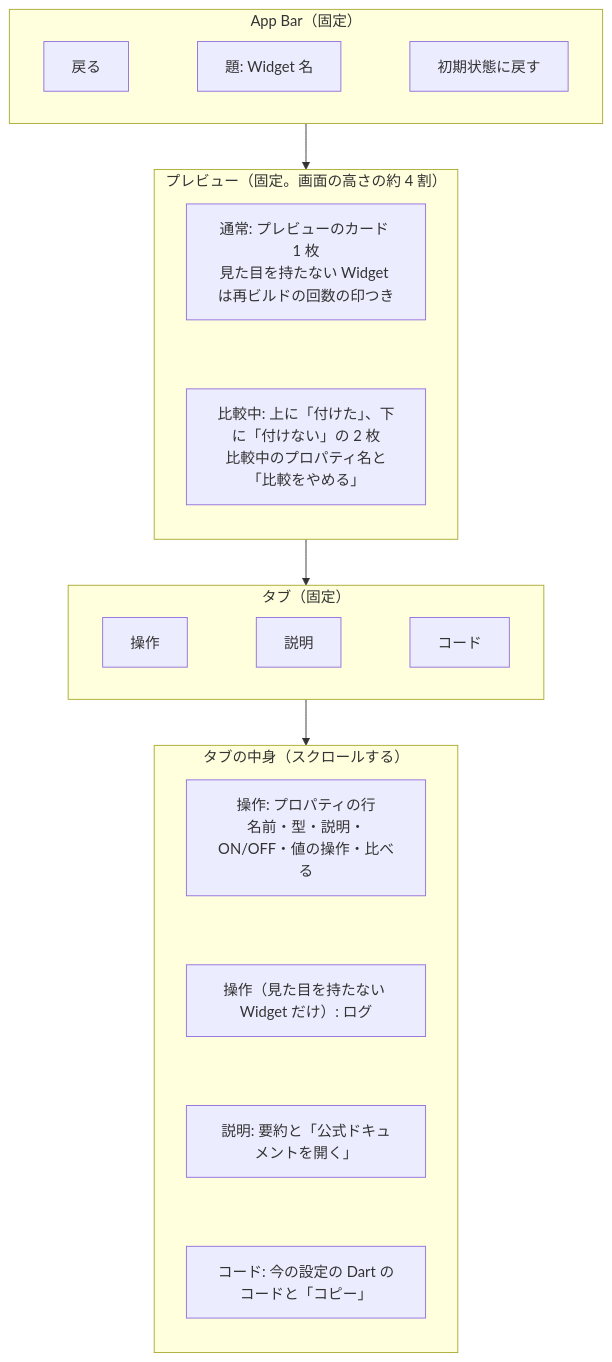
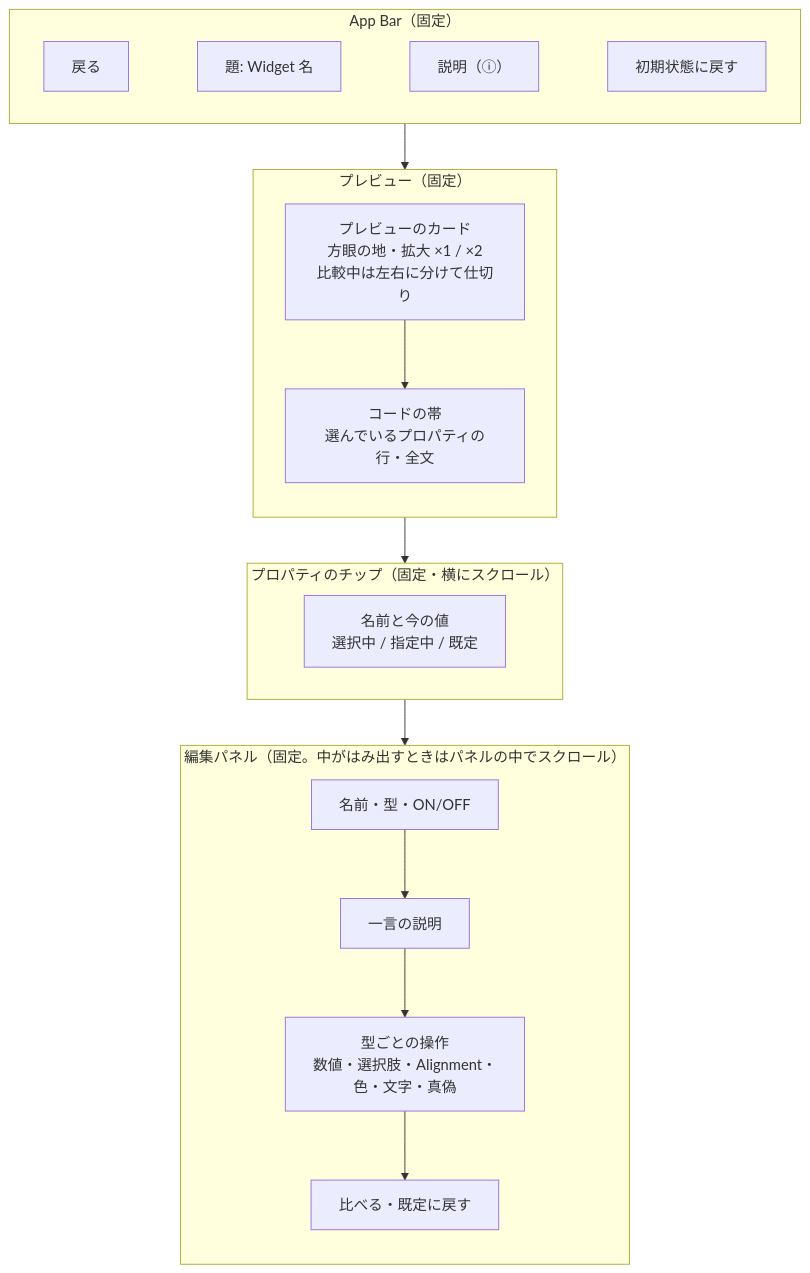
One commit to masa-futa/widget-lab changed the first of 2 diagrams in docs/design/screens/cb_dtl_詳細画面.md. Above: the diagram before and after it, drawn with Mermaid. The commit also changed other lines of this file and 9 other files, not shown here.

````diff
--- a/docs/design/screens/cb_dtl_詳細画面.md
+++ b/docs/design/screens/cb_dtl_詳細画面.md
@@ -30,32 +30,29 @@
 ```mermaid
 flowchart TB
     subgraph APPBAR["App Bar（固定）"]
         direction LR
         Back["戻る"]
         Name["題: Widget 名"]
+        About["説明（ⓘ）"]
         Reset["初期状態に戻す"]
-        Back ~~~ Name ~~~ Reset
+        Back ~~~ Name ~~~ About ~~~ Reset
     end
-    subgraph PREVIEW["プレビュー（固定。画面の高さの約 4 割）"]
+    subgraph PREVIEW["プレビュー（固定）"]
         direction TB
-        Single["通常: プレビューのカード 1 枚<br/>見た目を持たない Widget は再ビルドの回数の印つき"]
-        Compare["比較中: 上に「付けた」、下に「付けない」の 2 枚<br/>比較中のプロパティ名と「比較をやめる」"]
-        Single ~~~ Compare
+        Card["プレビューのカード<br/>方眼の地・拡大 ×1 / ×2<br/>比較中は左右に分けて仕切り"]
+        Strip["コードの帯<br/>選んでいるプロパティの行・全文"]
+        Card --> Strip
     end
-    subgraph TABS["タブ（固定）"]
-        direction LR
-        T1["操作"]
-        T2["説明"]
-        T3["コード"]
-        T1 ~~~ T2 ~~~ T3
+    subgraph CHIPS["プロパティのチップ（固定・横にスクロール）"]
+        Chip["名前と今の値<br/>選択中 / 指定中 / 既定"]
     end
-    subgraph BODY["タブの中身（スクロールする）"]
+    subgraph EDITOR["編集パネル（固定。中がはみ出すときはパネルの中でスクロール）"]
         direction TB
-        Op["操作: プロパティの行<br/>名前・型・説明・ON/OFF・値の操作・比べる"]
-        Log["操作（見た目を持たない Widget だけ）: ログ"]
-        Desc["説明: 要約と「公式ドキュメントを開く」"]
-        Code["コード: 今の設定の Dart のコードと「コピー」"]
-        Op ~~~ Log ~~~ Desc ~~~ Code
+        Head["名前・型・ON/OFF"]
+        Desc["一言の説明"]
+        Control["型ごとの操作<br/>数値・選択肢・Alignment・色・文字・真偽"]
+        Actions["比べる・既定に戻す"]
+        Head --> Desc --> Control --> Actions
     end
-    APPBAR --> PREVIEW --> TABS --> BODY
+    APPBAR --> PREVIEW --> CHIPS --> EDITOR
 ```
````
